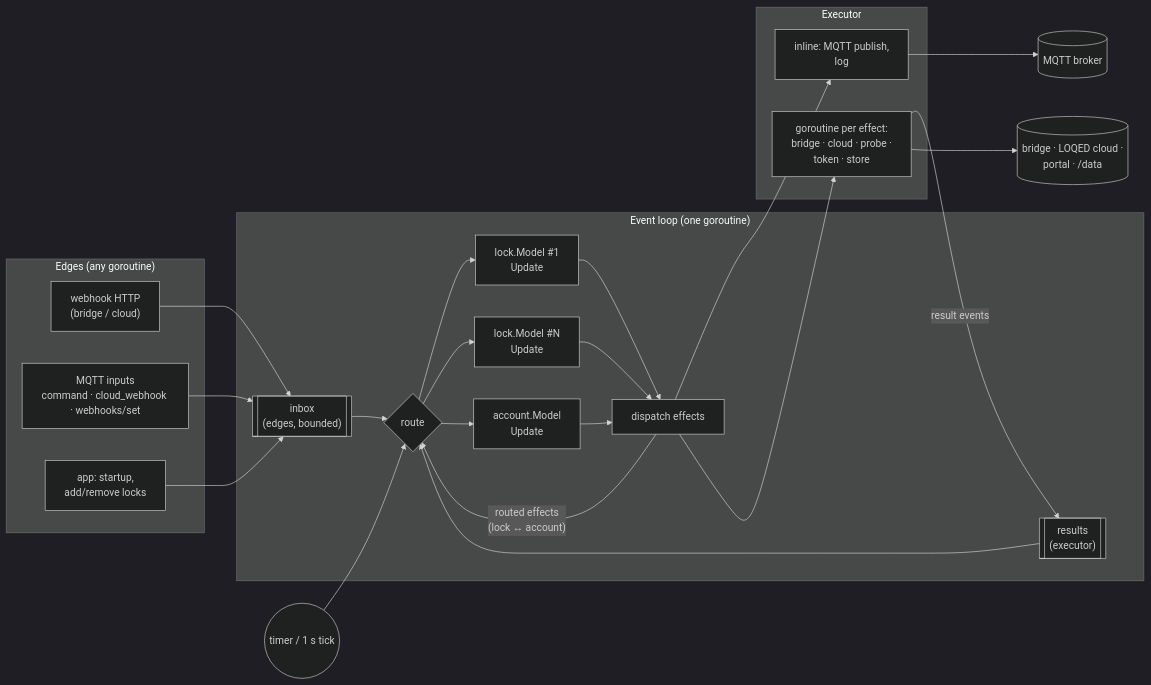
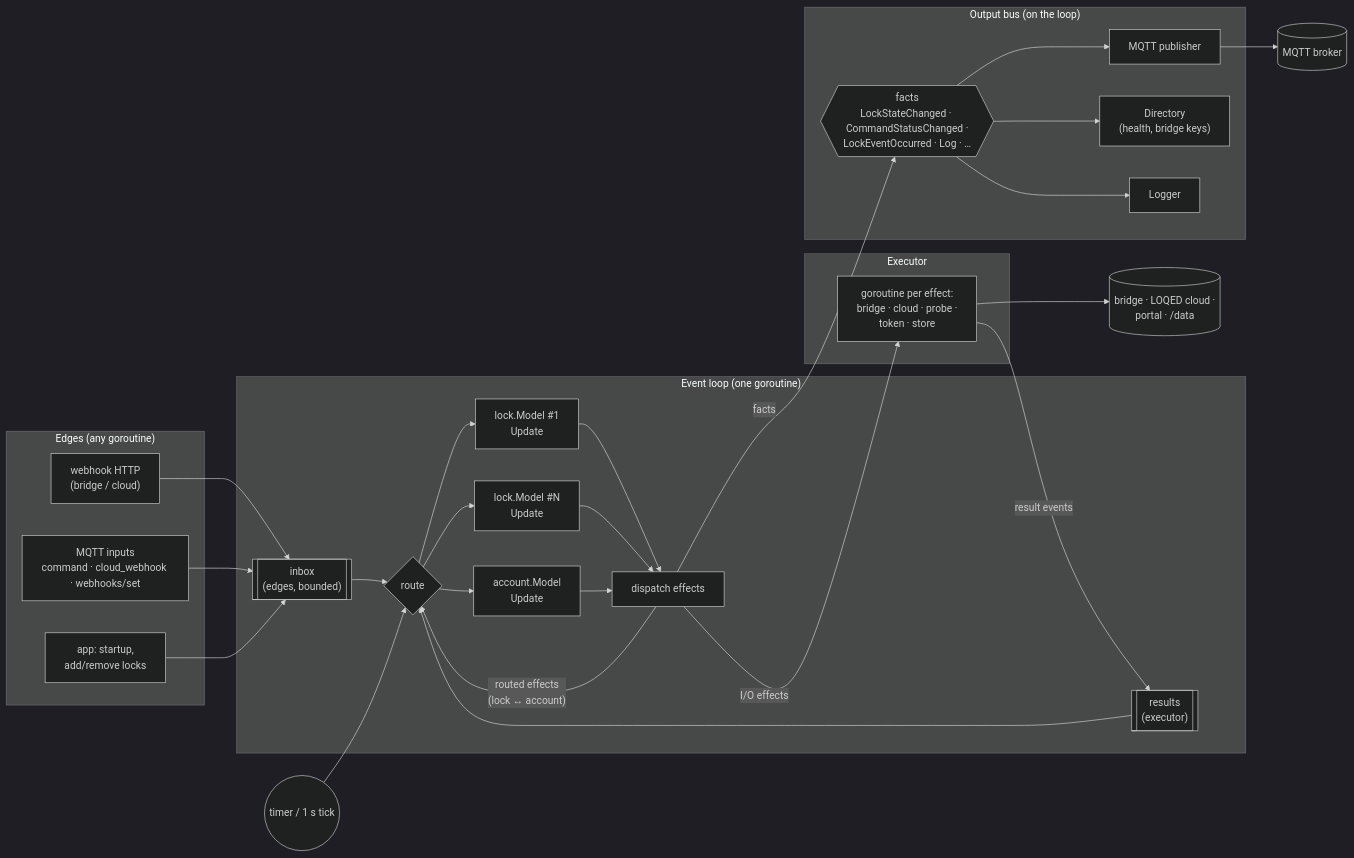
The first of 5 diagrams in docs/superpowers/specs/2026-10-10-elm-architecture-design.md (t3hk0d3/go-loqed), drawn with Mermaid (dark theme) before and after one commit. The commit also changed other lines of this file, not shown here.

Commit message:
spec: output bus for facts; clarify behaviour differences

````diff
--- a/docs/superpowers/specs/2026-10-10-elm-architecture-design.md
+++ b/docs/superpowers/specs/2026-10-10-elm-architecture-design.md
@@ -35,38 +35,45 @@
 ```mermaid
 flowchart LR
     subgraph Edges["Edges (any goroutine)"]
         HTTP["webhook HTTP<br/>(bridge / cloud)"]
         MQ["MQTT inputs<br/>command · cloud_webhook · webhooks/set"]
         APP["app: startup,<br/>add/remove locks"]
     end
 
     subgraph Loop["Event loop (one goroutine)"]
         IN[["inbox<br/>(edges, bounded)"]]
         RES[["results<br/>(executor)"]]
         R{"route"}
         L1["lock.Model #1<br/>Update"]
         L2["lock.Model #N<br/>Update"]
         A["account.Model<br/>Update"]
         D["dispatch effects"]
     end
 
+    subgraph Bus["Output bus (on the loop)"]
+        F{{"facts<br/>LockStateChanged · CommandStatusChanged ·<br/>LockEventOccurred · Log · …"}}
+        SM["MQTT publisher"]
+        SD["Directory<br/>(health, bridge keys)"]
+        SL["Logger"]
+    end
+
     subgraph Exec["Executor"]
-        INL["inline: MQTT publish,<br/>log"]
         GO["goroutine per effect:<br/>bridge · cloud · probe ·<br/>token · store"]
     end
 
     HTTP --> IN
     MQ --> IN
     APP --> IN
     IN --> R
     RES --> R
     T(("timer / 1 s tick")) --> R
     R --> L1 & L2 & A
     L1 & L2 & A --> D
     D -- "routed effects<br/>(lock ↔ account)" --> R
-    D --> INL
-    D --> GO
+    D -- "facts" --> F
+    F --> SM & SD & SL
+    D -- "I/O effects" --> GO
     GO -- "result events" --> RES
-    INL --> BROKER[("MQTT broker")]
+    SM --> BROKER[("MQTT broker")]
     GO --> NET[("bridge · LOQED cloud ·<br/>portal · /data")]
 ```
````
